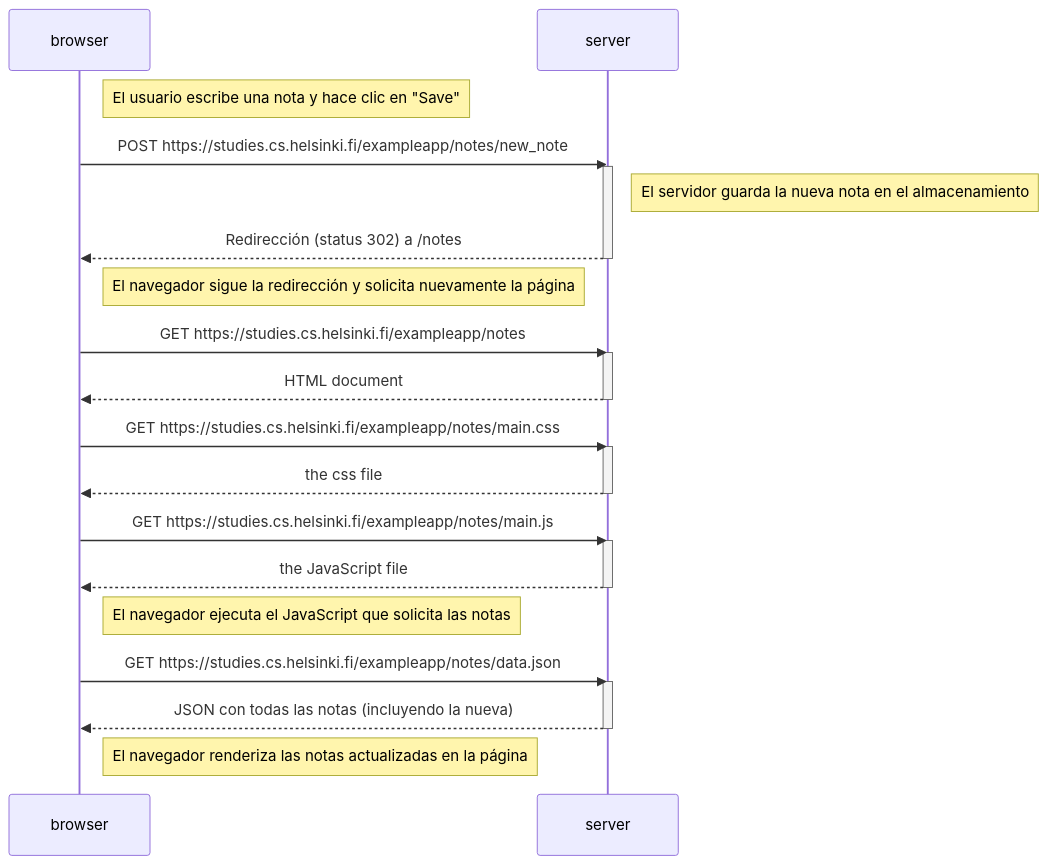
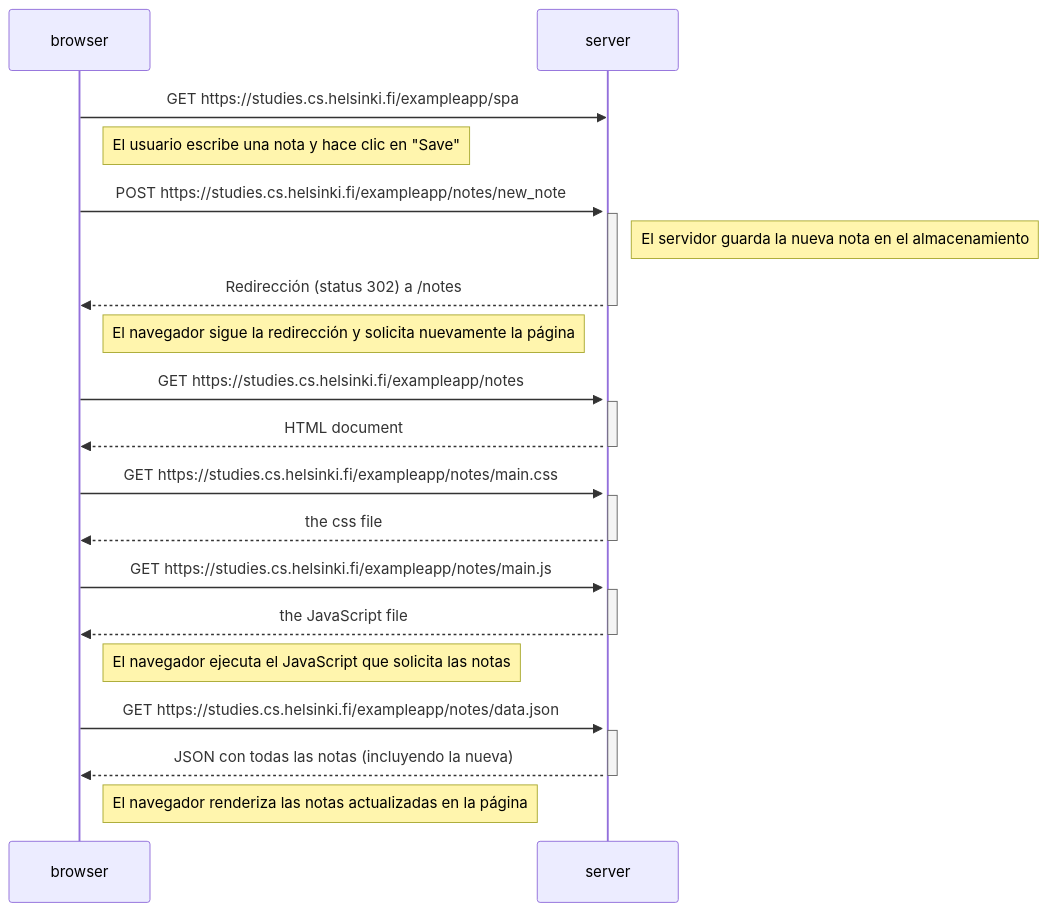
One commit to mauroperez055/fullstack-open-exercises changed the diagram in part0/0.4.md. Above: the diagram before and after it, drawn with Mermaid.

Commit message:
Actualizo contenido del ejercicio 0.4

````diff
--- a/part0/0.4.md
+++ b/part0/0.4.md
@@ -4,39 +4,43 @@
 ```mermaid
 sequenceDiagram
     participant browser
     participant server
+
+    browser->>server: GET https://studies.cs.helsinki.fi/exampleapp/spa
+    activate server
+    
 
     Note right of browser: El usuario escribe una nota y hace clic en "Save"
 
     browser->>server: POST https://studies.cs.helsinki.fi/exampleapp/notes/new_note
     activate server
     Note right of server: El servidor guarda la nueva nota en el almacenamiento
     server-->>browser: Redirección (status 302) a /notes
     deactivate server
 
     Note right of browser: El navegador sigue la redirección y solicita nuevamente la página
 
     browser->>server: GET https://studies.cs.helsinki.fi/exampleapp/notes
     activate server
     server-->>browser: HTML document
     deactivate server
 
     browser->>server: GET https://studies.cs.helsinki.fi/exampleapp/notes/main.css
     activate server
     server-->>browser: the css file
     deactivate server
 
     browser->>server: GET https://studies.cs.helsinki.fi/exampleapp/notes/main.js
     activate server
     server-->>browser: the JavaScript file
     deactivate server
 
     Note right of browser: El navegador ejecuta el JavaScript que solicita las notas
 
     browser->>server: GET https://studies.cs.helsinki.fi/exampleapp/notes/data.json
     activate server
     server-->>browser: JSON con todas las notas (incluyendo la nueva)
     deactivate server
 
     Note right of browser: El navegador renderiza las notas actualizadas en la página
 ```
````
